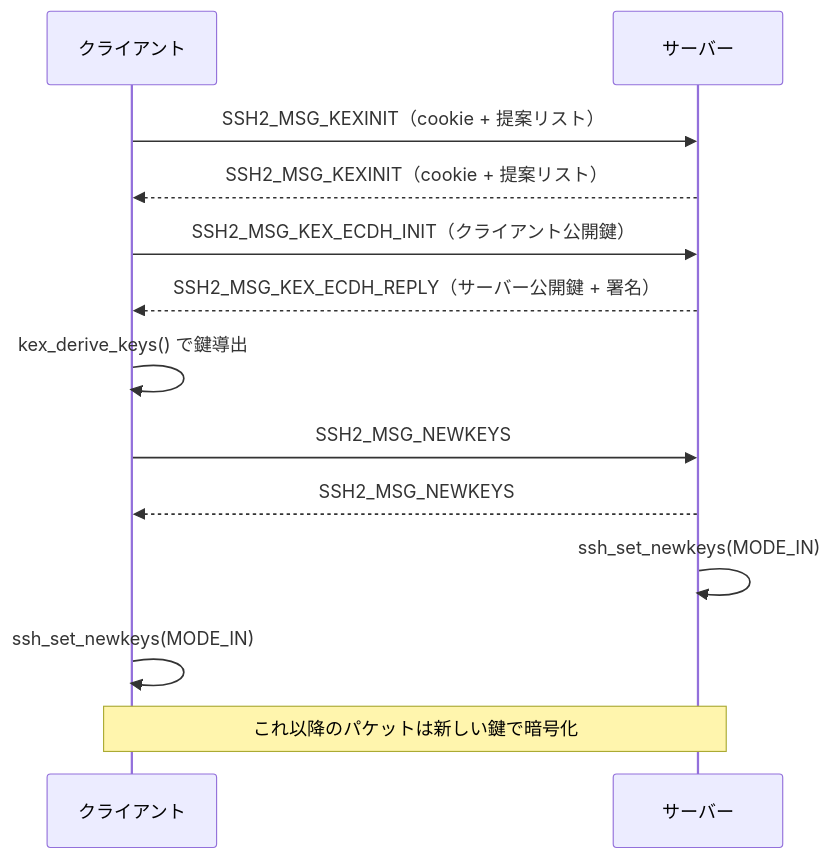
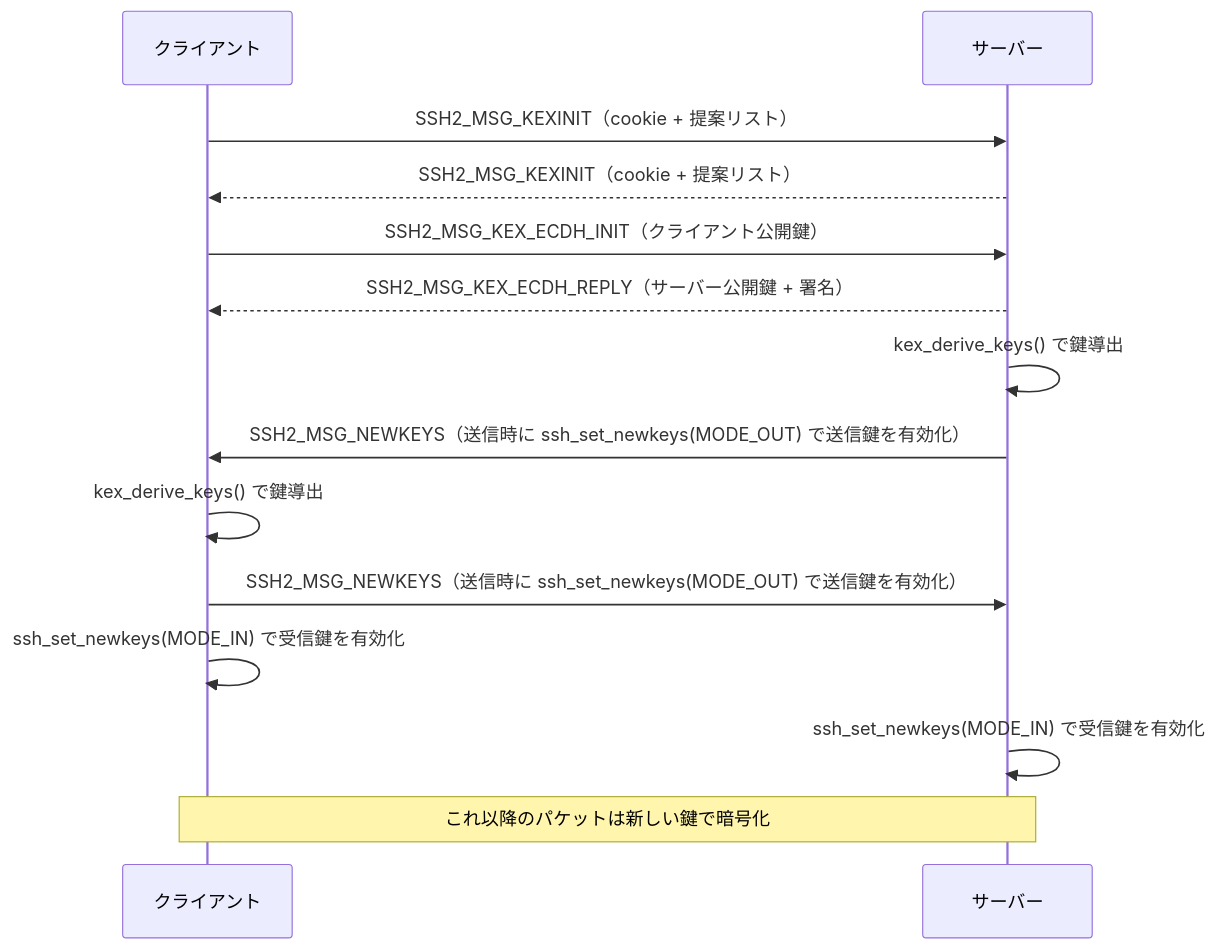
One commit to miyamadoKL/source-code-reading changed the second of 2 diagrams in openssh/part01-transport/03-key-exchange.md. Above: the diagram before and after it, drawn with Mermaid. The commit also changed other lines of this file and 5 other files, not shown here.

````diff
--- a/openssh/part01-transport/03-key-exchange.md
+++ b/openssh/part01-transport/03-key-exchange.md
@@ -412,16 +409,17 @@
 ```mermaid
 sequenceDiagram
     participant C as クライアント
     participant S as サーバー
 
     C->>S: SSH2_MSG_KEXINIT（cookie + 提案リスト）
     S-->>C: SSH2_MSG_KEXINIT（cookie + 提案リスト）
     C->>S: SSH2_MSG_KEX_ECDH_INIT（クライアント公開鍵）
     S-->>C: SSH2_MSG_KEX_ECDH_REPLY（サーバー公開鍵 + 署名）
+    S->>S: kex_derive_keys() で鍵導出
+    S->>C: SSH2_MSG_NEWKEYS（送信時に ssh_set_newkeys(MODE_OUT) で送信鍵を有効化）
     C->>C: kex_derive_keys() で鍵導出
-    C->>S: SSH2_MSG_NEWKEYS
-    S-->>C: SSH2_MSG_NEWKEYS
-    S->>S: ssh_set_newkeys(MODE_IN)
-    C->>C: ssh_set_newkeys(MODE_IN)
+    C->>S: SSH2_MSG_NEWKEYS（送信時に ssh_set_newkeys(MODE_OUT) で送信鍵を有効化）
+    C->>C: ssh_set_newkeys(MODE_IN) で受信鍵を有効化
+    S->>S: ssh_set_newkeys(MODE_IN) で受信鍵を有効化
     Note over C,S: これ以降のパケットは新しい鍵で暗号化
 ```
````
